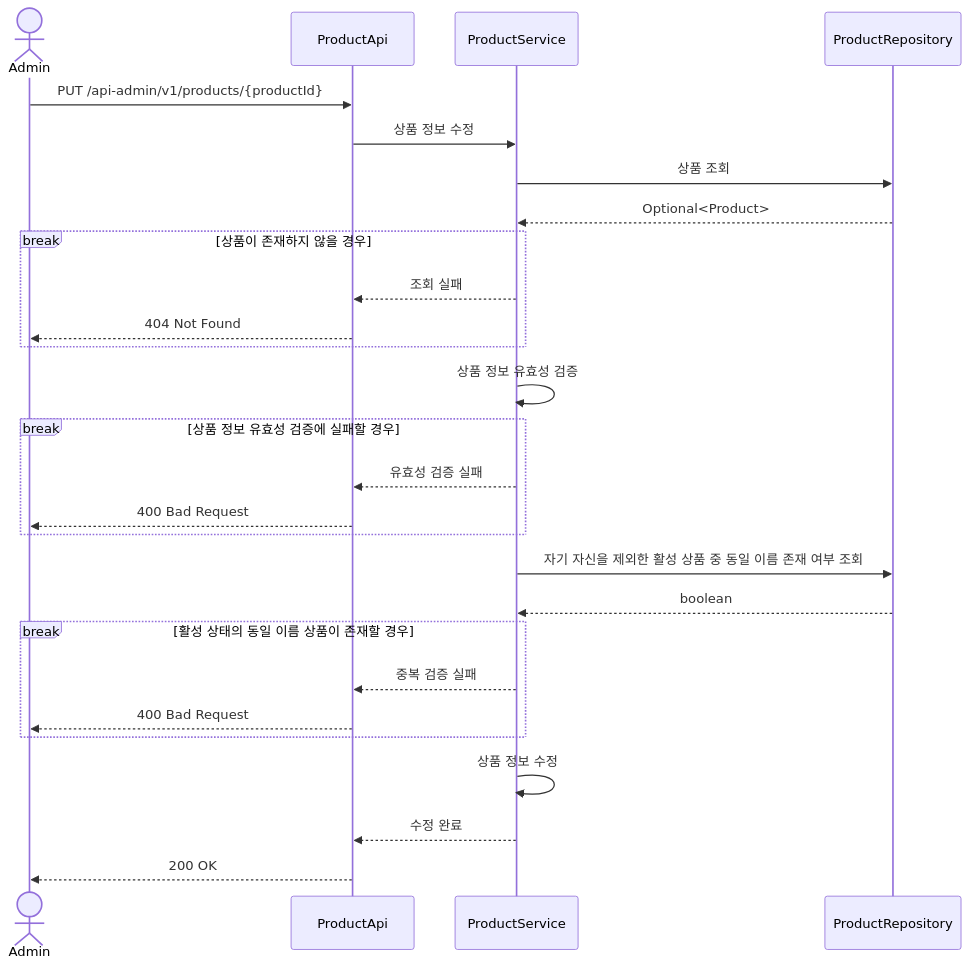
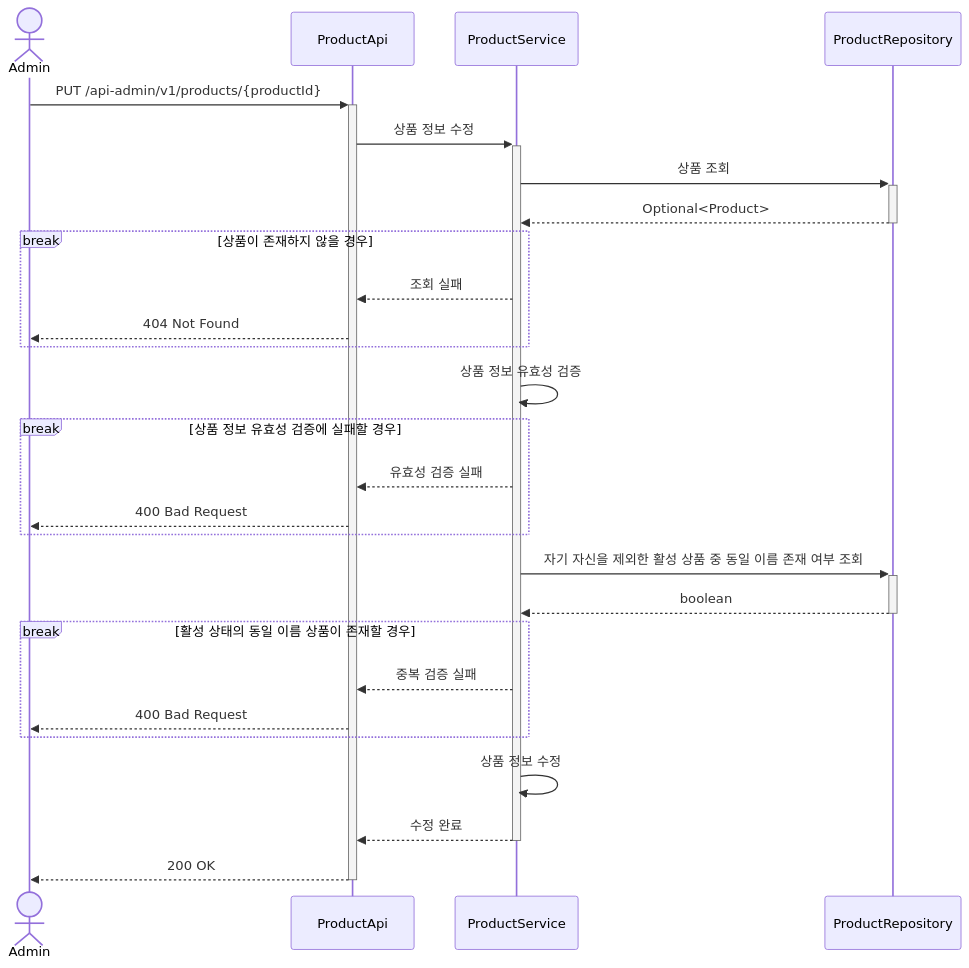
Before and after one commit to Loopers-dev-lab/loop-pack-be-l2-vol3-java: diagram 12 of 23 in .docs/design/02-sequence-diagrams.md, drawn with Mermaid. The commit also changed other lines of this file, not shown here.

Commit message:
docs: 시퀀스 다이어그램에 액티베이션바 추가

````diff
--- a/.docs/design/02-sequence-diagrams.md
+++ b/.docs/design/02-sequence-diagrams.md
@@ -413,36 +417,36 @@
 ```mermaid
 sequenceDiagram
     actor Admin
     participant ProductApi
     participant ProductService
     participant ProductRepository
 
-    Admin ->> ProductApi: PUT /api-admin/v1/products/{productId}
-    ProductApi ->> ProductService: 상품 정보 수정
-    ProductService ->> ProductRepository: 상품 조회
-    ProductRepository -->> ProductService: Optional<Product>
+    Admin ->>+ ProductApi: PUT /api-admin/v1/products/{productId}
+    ProductApi ->>+ ProductService: 상품 정보 수정
+    ProductService ->>+ ProductRepository: 상품 조회
+    ProductRepository -->>- ProductService: Optional<Product>
 
     break 상품이 존재하지 않을 경우
         ProductService -->> ProductApi: 조회 실패
         ProductApi -->> Admin: 404 Not Found
     end
 
     ProductService ->> ProductService: 상품 정보 유효성 검증
 
     break 상품 정보 유효성 검증에 실패할 경우
         ProductService -->> ProductApi: 유효성 검증 실패
         ProductApi -->> Admin: 400 Bad Request
     end
 
-    ProductService ->> ProductRepository: 자기 자신을 제외한 활성 상품 중 동일 이름 존재 여부 조회
-    ProductRepository -->> ProductService: boolean
+    ProductService ->>+ ProductRepository: 자기 자신을 제외한 활성 상품 중 동일 이름 존재 여부 조회
+    ProductRepository -->>- ProductService: boolean
 
     break 활성 상태의 동일 이름 상품이 존재할 경우
         ProductService -->> ProductApi: 중복 검증 실패
         ProductApi -->> Admin: 400 Bad Request
     end
 
     ProductService ->> ProductService: 상품 정보 수정
-    ProductService -->> ProductApi: 수정 완료
-    ProductApi -->> Admin: 200 OK
+    ProductService -->>- ProductApi: 수정 완료
+    ProductApi -->>- Admin: 200 OK
 ```
````
